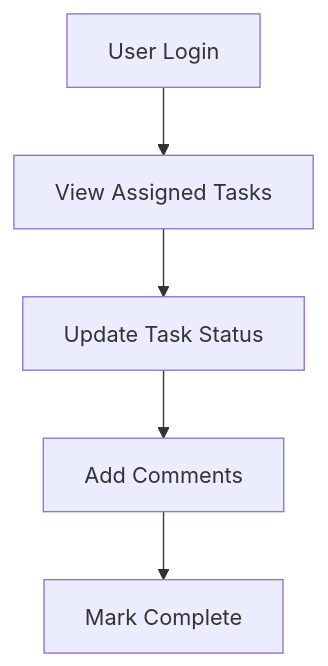
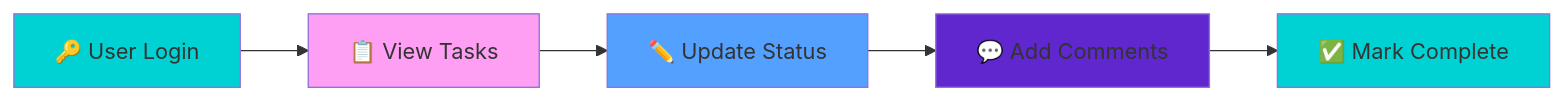
The third of 4 diagrams in README.md (deepakdey412/TaskifyPro---Professional-Task-Management-System), drawn with Mermaid before and after one commit. The commit also changed other lines of this file, not shown here.

````diff
--- a/README.md
+++ b/README.md
@@ -230,7 +412,13 @@
 ```mermaid
-graph TD
-    A[User Login] --> B[View Assigned Tasks]
-    B --> C[Update Task Status]
-    C --> D[Add Comments]
-    D --> E[Mark Complete]
+flowchart LR
+    A[🔑 User Login] --> B[📋 View Tasks]
+    B --> C[✏️ Update Status]
+    C --> D[💬 Add Comments]
+    D --> E[✅ Mark Complete]
+    
+    style A fill:#00d2d3
+    style B fill:#ff9ff3
+    style C fill:#54a0ff
+    style D fill:#5f27cd
+    style E fill:#00d2d3
 ```
````
